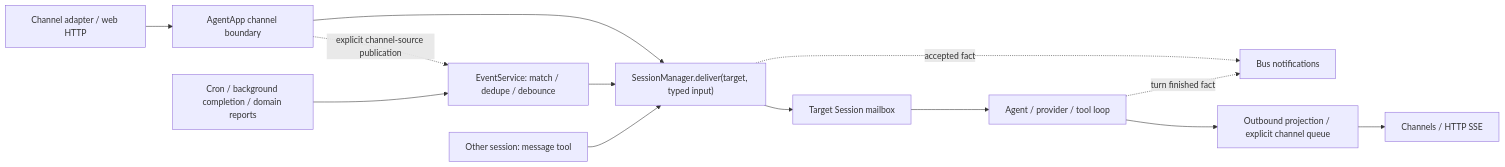
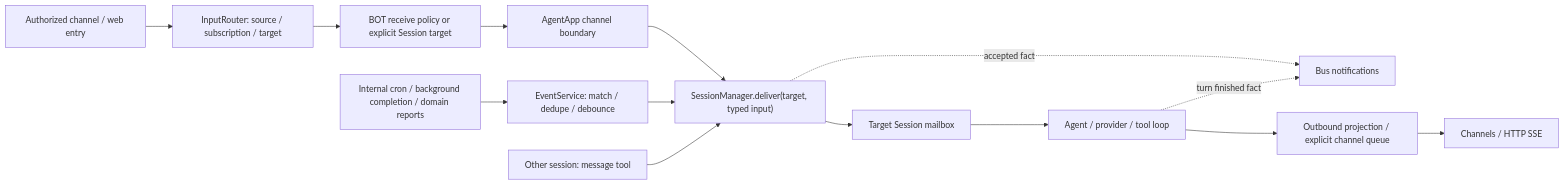
Before and after one commit to ci010/shadow: the diagram in docs/architecture.md, drawn with Mermaid. The commit also changed other lines of this file and 46 other files, not shown here.

First line of the commit message:
Unify external input routing through subscribed BOT handlers

````diff
--- a/docs/architecture.md
+++ b/docs/architecture.md
@@ -510,15 +521,16 @@
 ```mermaid
 flowchart LR
-  Channel["Channel adapter / web HTTP"] --> Ingress["AgentApp channel boundary"]
+  Channel["Authorized channel / web entry"] --> Router["InputRouter: source / subscription / target"]
+  Router --> Handler["BOT receive policy or explicit Session target"]
+  Handler --> Ingress["AgentApp channel boundary"]
   Ingress --> Delivery["SessionManager.deliver(target, typed input)"]
-  Ingress -. "explicit channel-source publication" .-> Events["EventService: match / dedupe / debounce"]
-  Producers["Cron / background completion / domain reports"] --> Events
+  Producers["Internal cron / background completion / domain reports"] --> Events["EventService: match / dedupe / debounce"]
   Events --> Delivery
   Messages["Other session: message tool"] --> Delivery
   Delivery --> Mailbox["Target Session mailbox"]
   Mailbox --> Turn["Agent / provider / tool loop"]
   Delivery -. "accepted fact" .-> Bus["Bus notifications"]
   Turn -. "turn finished fact" .-> Bus
   Turn --> Output["Outbound projection / explicit channel queue"]
   Output --> UI["Channels / HTTP SSE"]
 ```
````
